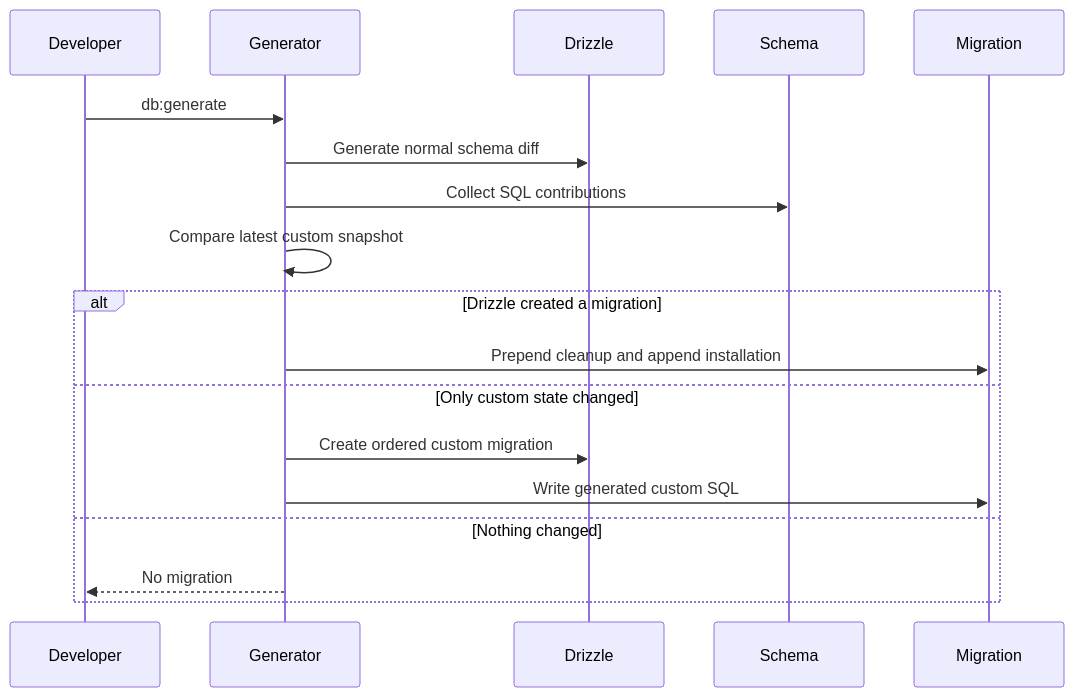
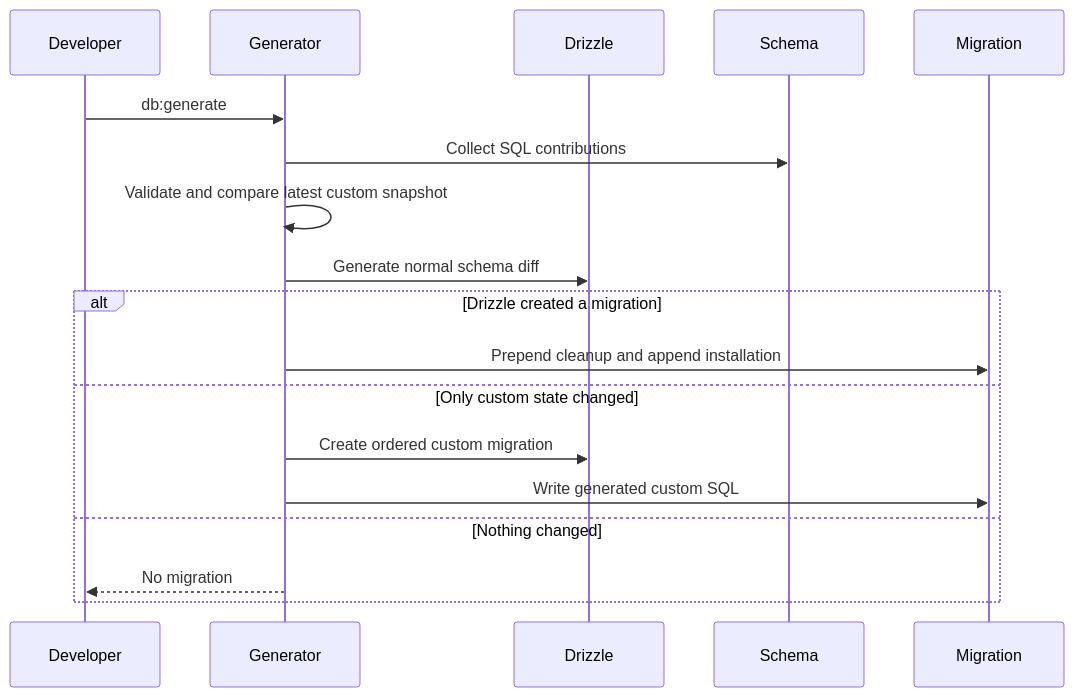
Before and after one commit to antarestupin/kestrel-framework: the fourth of 6 diagrams in docs/implementation/database.md, drawn with Mermaid. The commit also changed other lines of this file and 44 other files, not shown here.

````diff
--- a/docs/implementation/database.md
+++ b/docs/implementation/database.md
@@ -221,21 +221,21 @@
 ```mermaid
 sequenceDiagram
     participant Developer
     participant Generator
     participant Drizzle
     participant Schema
     participant Migration
 
     Developer->>Generator: db:generate
+    Generator->>Schema: Collect SQL contributions
+    Generator->>Generator: Validate and compare latest custom snapshot
     Generator->>Drizzle: Generate normal schema diff
-    Generator->>Schema: Collect SQL contributions
-    Generator->>Generator: Compare latest custom snapshot
     alt Drizzle created a migration
         Generator->>Migration: Prepend cleanup and append installation
     else Only custom state changed
         Generator->>Drizzle: Create ordered custom migration
         Generator->>Migration: Write generated custom SQL
     else Nothing changed
         Generator-->>Developer: No migration
     end
 ```
````
